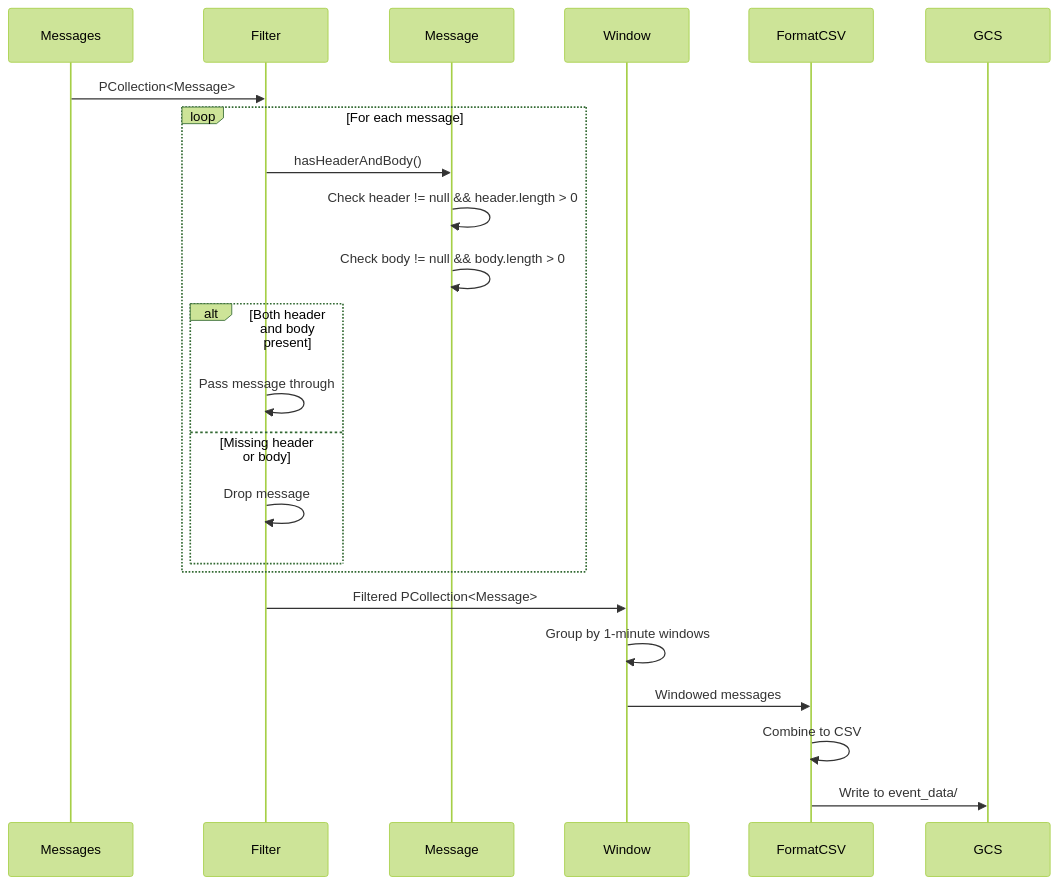
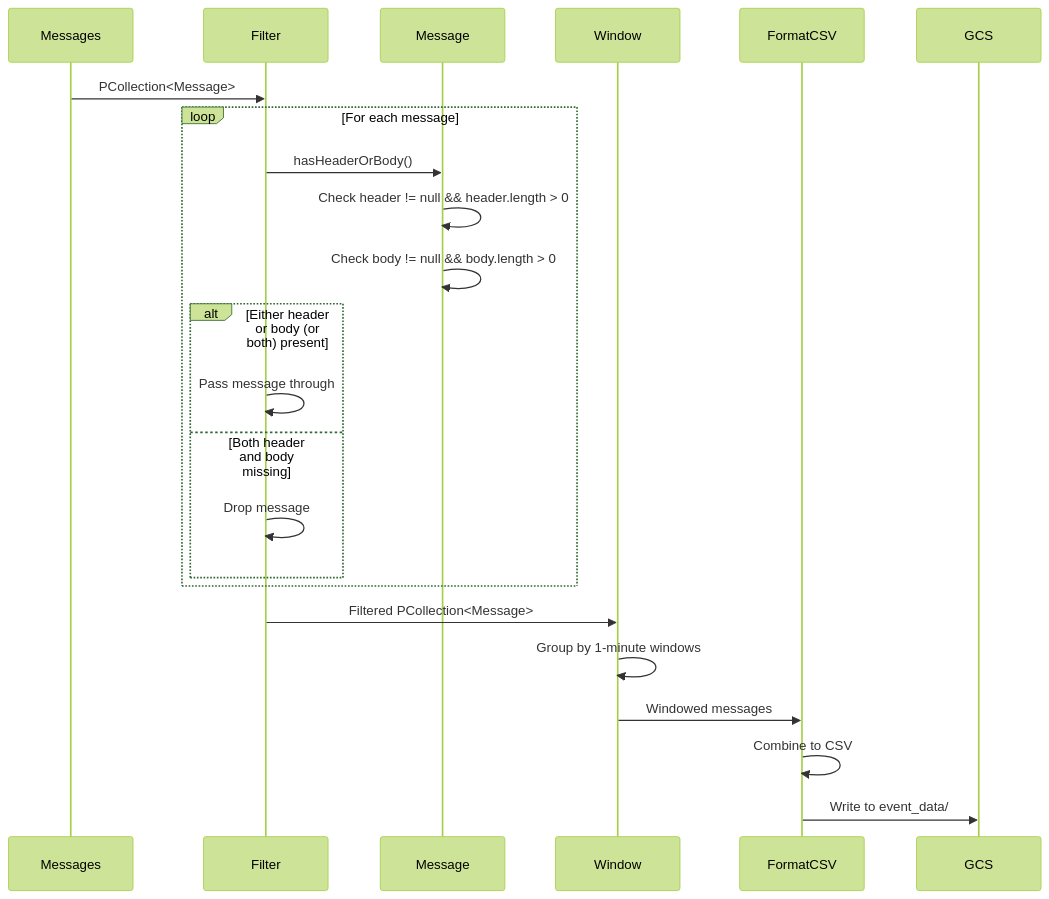
One commit to pypanda2050/pubsubToGCSBeam changed the fourth of 4 diagrams in design.md. Above: the diagram before and after it, drawn with Mermaid (forest theme). The commit also changed other lines of this file and 13 other files, not shown here.

````diff
--- a/design.md
+++ b/design.md
@@ -363,29 +364,29 @@
 ```mermaid
 sequenceDiagram
     participant Messages
     participant Filter
     participant Message
     participant Window
     participant FormatCSV
     participant GCS
 
     Messages->>Filter: PCollection<Message>
     
     loop For each message
-        Filter->>Message: hasHeaderAndBody()
+        Filter->>Message: hasHeaderOrBody()
         Message->>Message: Check header != null && header.length > 0
         Message->>Message: Check body != null && body.length > 0
         
-        alt Both header and body present
+        alt Either header or body (or both) present
             Filter->>Filter: Pass message through
-        else Missing header or body
+        else Both header and body missing
             Filter->>Filter: Drop message
         end
     end
     
     Filter->>Window: Filtered PCollection<Message>
     Window->>Window: Group by 1-minute windows
     Window->>FormatCSV: Windowed messages
     FormatCSV->>FormatCSV: Combine to CSV
     FormatCSV->>GCS: Write to event_data/
 ```
````
